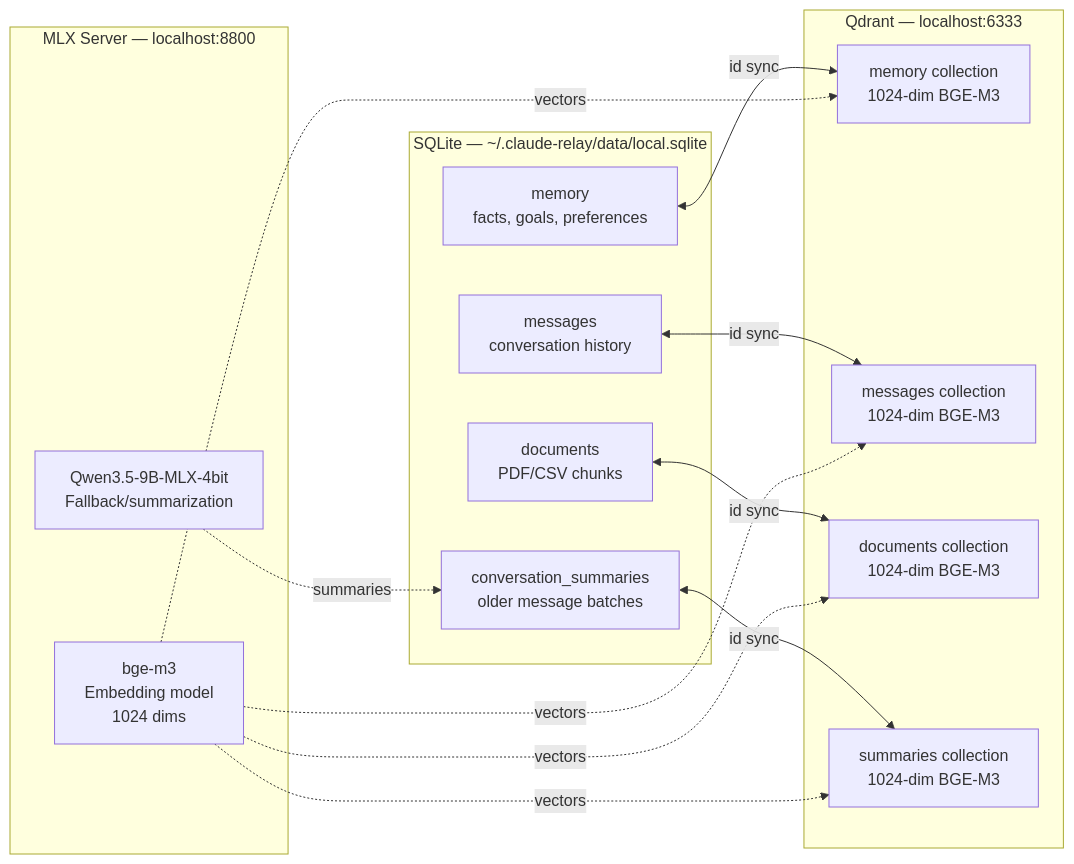
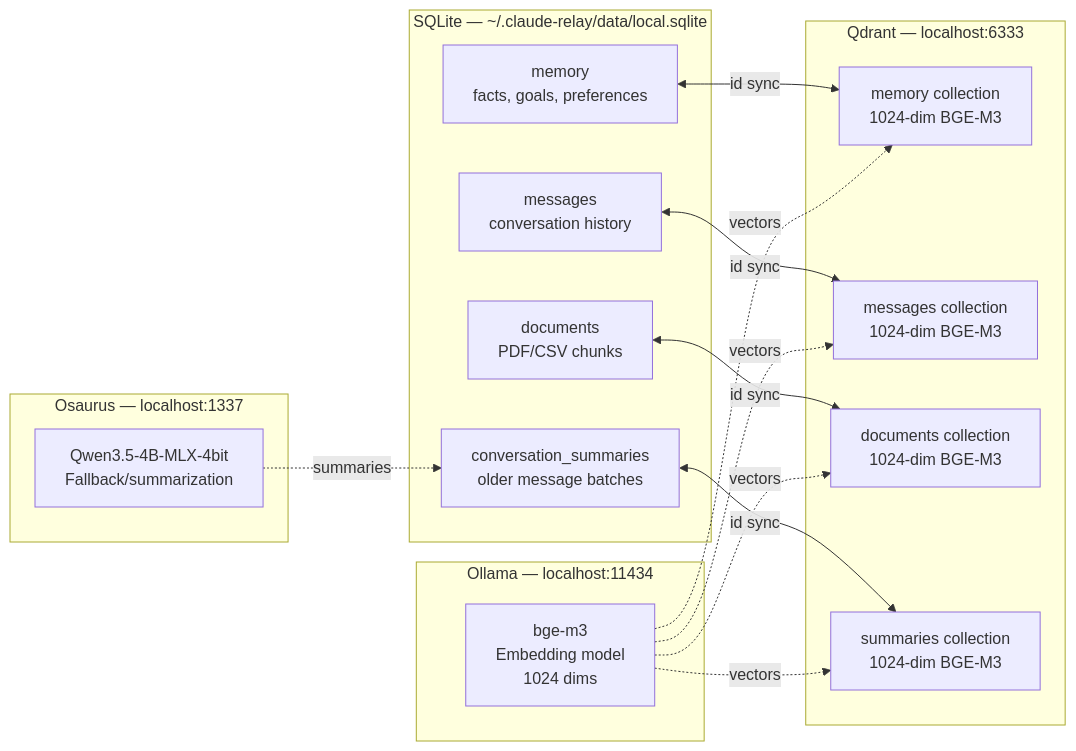
One commit to furi-wigt/claude-telegram-relay changed the fourth of 7 diagrams in docs/architecture.md. Above: the diagram before and after it, drawn with Mermaid. The commit also changed other lines of this file and 23 other files, not shown here.

First line of the commit message:
feat(inference): switch generation to Osaurus and embeddings to Ollama bge-m3

````diff
--- a/docs/architecture.md
+++ b/docs/architecture.md
@@ -225,33 +227,36 @@
 ```mermaid
 graph LR
     subgraph SQLite["SQLite — ~/.claude-relay/data/local.sqlite"]
         M[memory\nfacts, goals, preferences]
         MSG[messages\nconversation history]
         DOC[documents\nPDF/CSV chunks]
         SUM[conversation_summaries\nolder message batches]
     end
 
     subgraph Qdrant["Qdrant — localhost:6333"]
         QM[memory collection\n1024-dim BGE-M3]
         QMSG[messages collection\n1024-dim BGE-M3]
         QDOC[documents collection\n1024-dim BGE-M3]
         QSUM[summaries collection\n1024-dim BGE-M3]
     end
 
-    subgraph MLXServer["MLX Server — localhost:8800"]
+    subgraph OllamaServer["Ollama — localhost:11434"]
         EMB[bge-m3\nEmbedding model\n1024 dims]
-        LLM[Qwen3.5-9B-MLX-4bit\nFallback/summarization]
+    end
+
+    subgraph OsaurusServer["Osaurus — localhost:1337"]
+        LLM[Qwen3.5-4B-MLX-4bit\nFallback/summarization]
     end
 
     M <-->|id sync| QM
     MSG <-->|id sync| QMSG
     DOC <-->|id sync| QDOC
     SUM <-->|id sync| QSUM
 
     EMB -.->|vectors| QM
     EMB -.->|vectors| QMSG
     EMB -.->|vectors| QDOC
     EMB -.->|vectors| QSUM
 
     LLM -.->|summaries| SUM
 ```
````
